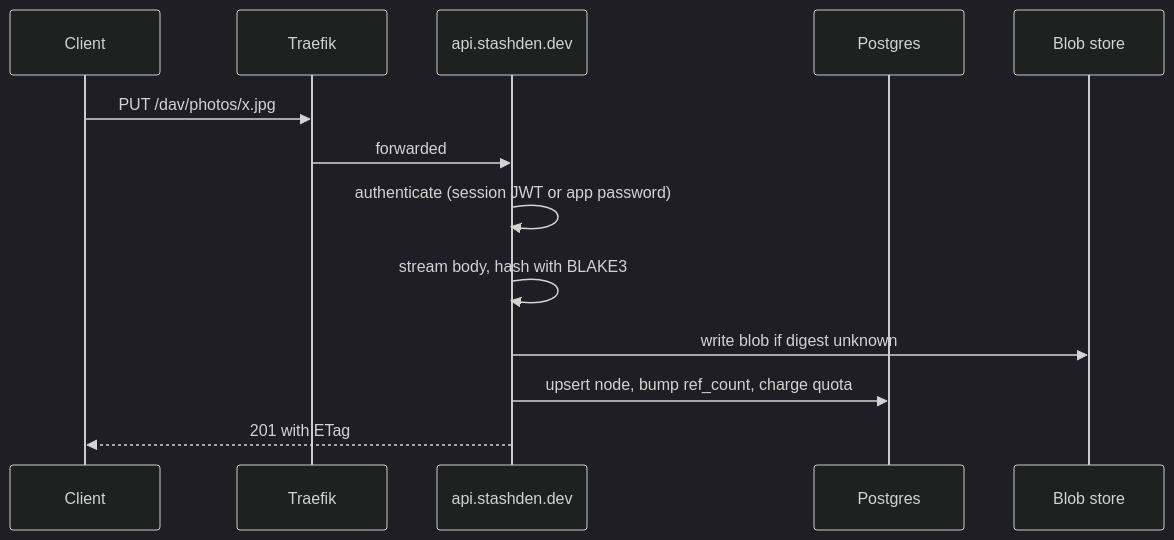
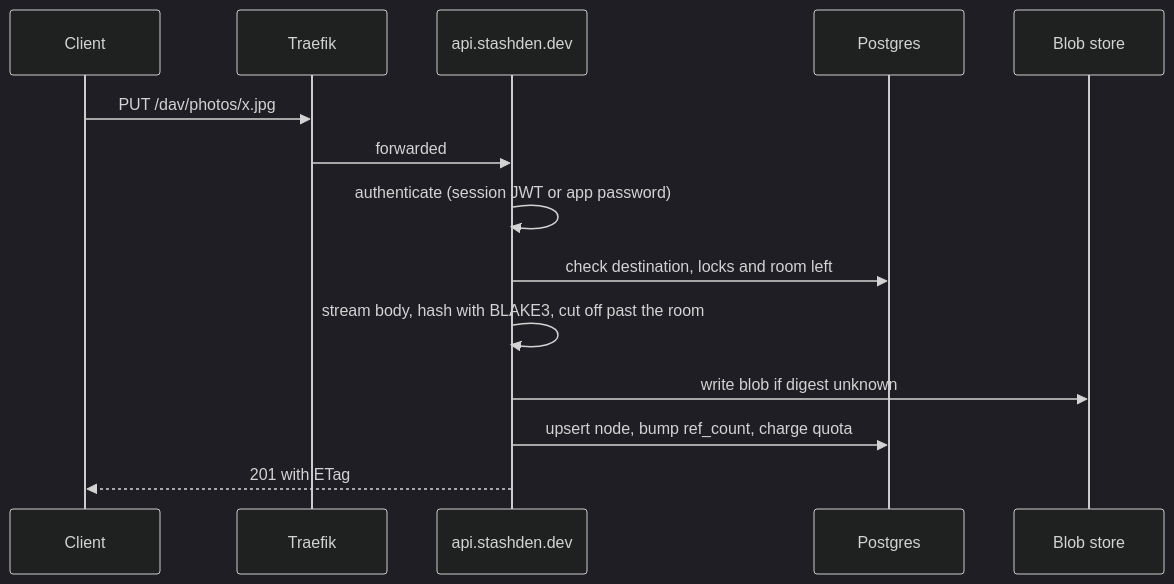
The second of 4 diagrams in ARCHITECTURE.md (FerrLabs/RoxyCloud), drawn with Mermaid (dark theme) before and after one commit. The commit also changed 12 other files, not shown here.

First line of the commit message:
fix(api): check room and access before an upload reaches the disk (#293)

````diff
--- a/ARCHITECTURE.md
+++ b/ARCHITECTURE.md
@@ -336,16 +336,17 @@
 ```mermaid
 sequenceDiagram
     participant C as Client
     participant T as Traefik
     participant A as api.stashden.dev
     participant P as Postgres
     participant B as Blob store
 
     C->>T: PUT /dav/photos/x.jpg
     T->>A: forwarded
     A->>A: authenticate (session JWT or app password)
-    A->>A: stream body, hash with BLAKE3
+    A->>P: check destination, locks and room left
+    A->>A: stream body, hash with BLAKE3, cut off past the room
     A->>B: write blob if digest unknown
     A->>P: upsert node, bump ref_count, charge quota
     A-->>C: 201 with ETag
 ```
````
